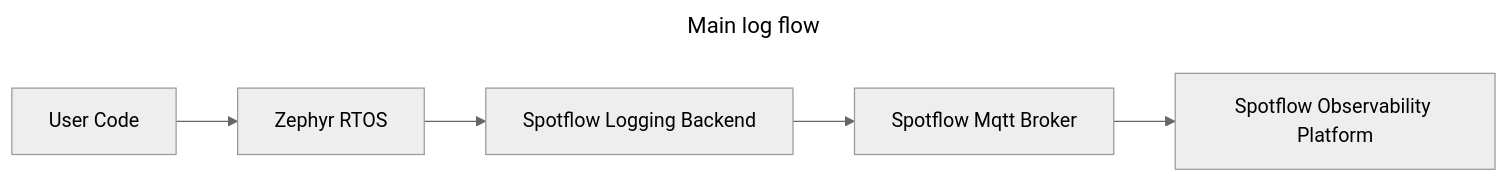
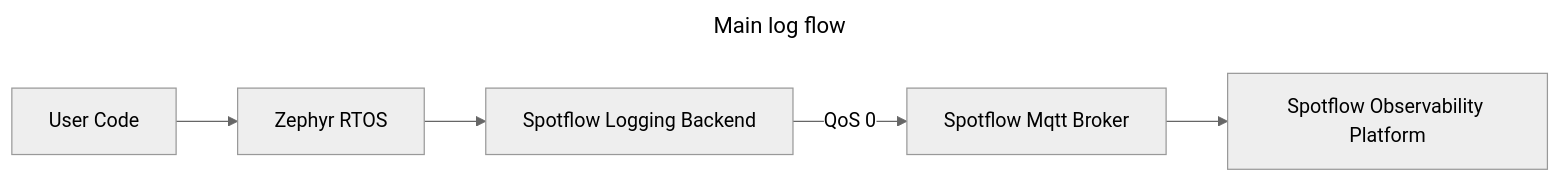
Before and after one commit to spotflow-io/device-sdk: the first of 2 diagrams in README.md, drawn with Mermaid (neutral theme). The commit also changed other lines of this file and 56 other files, not shown here.

````diff
--- a/README.md
+++ b/README.md
@@ -40,10 +45,10 @@
 ```mermaid
 ---
 title: Main log flow
 ---
 flowchart LR
     A[User Code] --> B[Zephyr RTOS]
     B --> C[Spotflow Logging Backend]
-    C --> D[Spotflow Mqtt Broker]
+    C -- QoS 0 --> D[Spotflow Mqtt Broker]
     D --> E[Spotflow Observability Platform]
 ```
````
